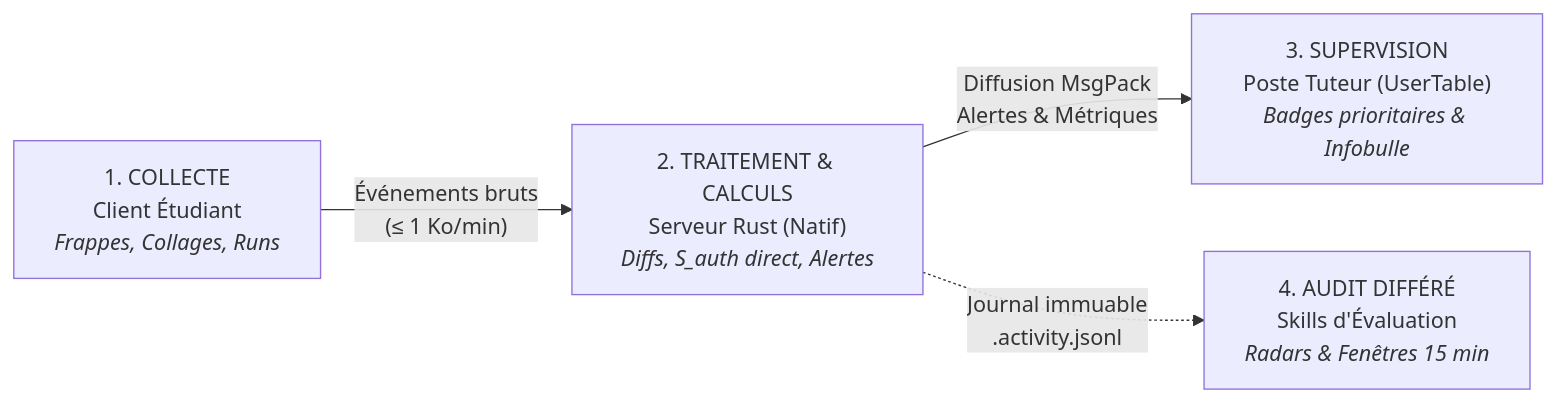
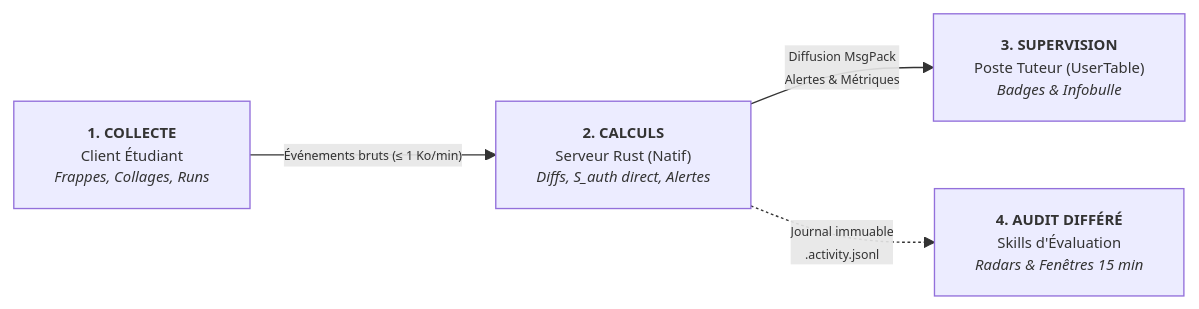
One commit to jlehuen/CodeLab changed the first of 2 diagrams in mkdocs/doc-fr/docs/telemetrie.md. Above: the diagram before and after it, drawn with Mermaid. The commit also changed other lines of this file and 1 other file, not shown here.

````diff
--- a/mkdocs/doc-fr/docs/telemetrie.md
+++ b/mkdocs/doc-fr/docs/telemetrie.md
@@ -22,9 +22,12 @@
 ```mermaid
+%%{init: {'themeVariables': { 'fontSize': '11px' }}}%%
 flowchart LR
-    A["1. COLLECTE<br/>Client Étudiant<br/><i>Frappes, Collages, Runs</i>"] 
-    -->|"Événements bruts<br/>(&le; 1 Ko/min)"| B["2. TRAITEMENT & CALCULS<br/>Serveur Rust (Natif)<br/><i>Diffs, S_auth direct, Alertes</i>"]
+    classDef default font-size:11px;
+
+    A["<span style='font-size:12px'><b>1. COLLECTE</b></span><br/>Client Étudiant<br/><i>Frappes, Collages, Runs</i>"] 
+    -->|"<small>Événements bruts (≤ 1 Ko/min)</small>"| B["<span style='font-size:12px'><b>2. CALCULS</b></span><br/>Serveur Rust (Natif)<br/><i>Diffs, S_auth direct, Alertes</i>"]
     
-    B -->|"Diffusion MsgPack<br/>Alertes &amp; Métriques"| C["3. SUPERVISION<br/>Poste Tuteur (UserTable)<br/><i>Badges prioritaires &amp; Infobulle</i>"]
+    B -->|"<small>Diffusion MsgPack<br/>Alertes &amp; Métriques</small>"| C["<span style='font-size:12px'><b>3. SUPERVISION</b></span><br/>Poste Tuteur (UserTable)<br/><i>Badges &amp; Infobulle</i>"]
     
-    B -.->|"Journal immuable<br/>.activity.jsonl"| D["4. AUDIT DIFFÉRÉ<br/>Skills d'Évaluation<br/><i>Radars &amp; Fenêtres 15 min</i>"]
+    B -.->|"<small>Journal immuable<br/>.activity.jsonl</small>"| D["<span style='font-size:12px'><b>4. AUDIT DIFFÉRÉ</b></span><br/>Skills d'Évaluation<br/><i>Radars &amp; Fenêtres 15 min</i>"]
 ```
````
